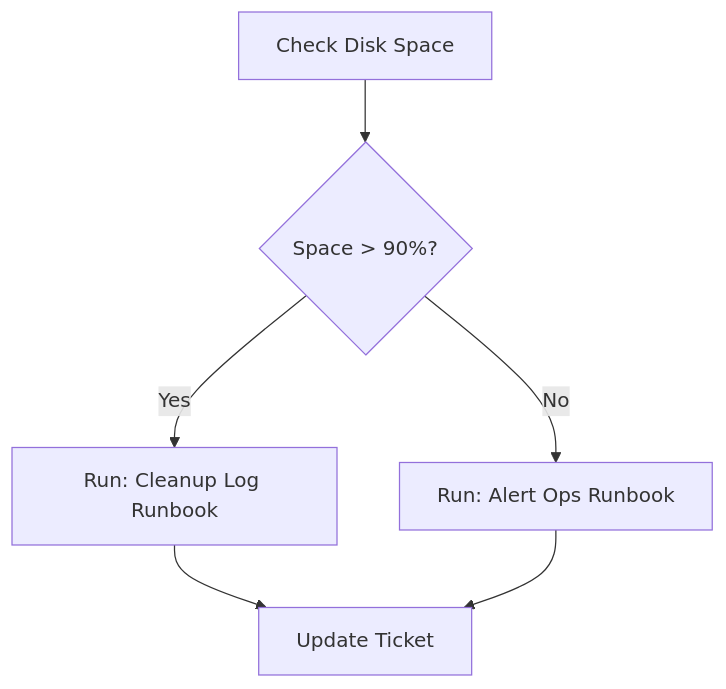
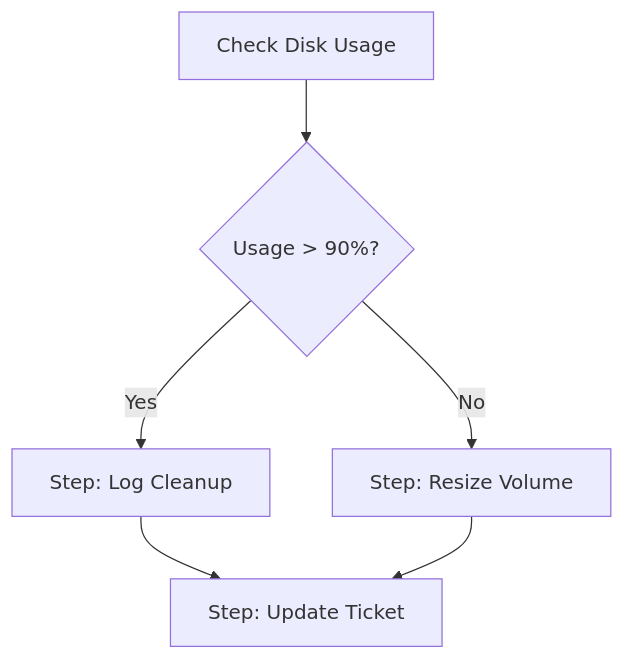
Before and after one commit to Devopstrio/runbook-automation: the sixth of 11 diagrams in README.md, drawn with Mermaid. The commit also changed other lines of this file, not shown here.

Commit message:
docs: implement 11+ professional architecture diagrams for runbook automation platform

````diff
--- a/README.md
+++ b/README.md
@@ -85,8 +151,7 @@
 ```mermaid
 graph TD
-    Step[Check Disk Space] --> Branch{Space > 90%?}
-    Branch -->|Yes| Clean[Run: Cleanup Log Runbook]
-    Branch -->|No| Notify[Run: Alert Ops Runbook]
-    
-    Clean & Notify --> Final[Update Ticket]
+    Step1["Check Disk Usage"] --> Branch{"Usage > 90%?"}
+    Branch -->|Yes| Clean["Step: Log Cleanup"]
+    Branch -->|No| Expand["Step: Resize Volume"]
+    Clean & Expand --> Notify["Step: Update Ticket"]
 ```
````
